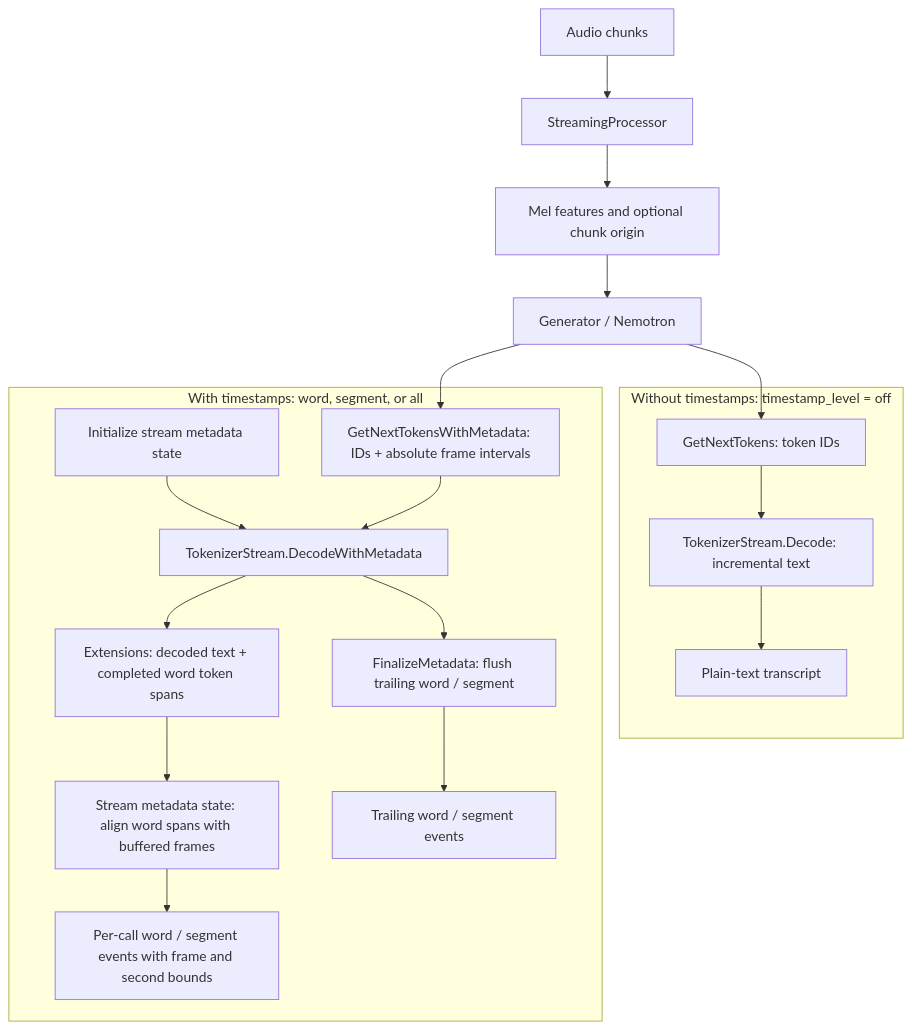
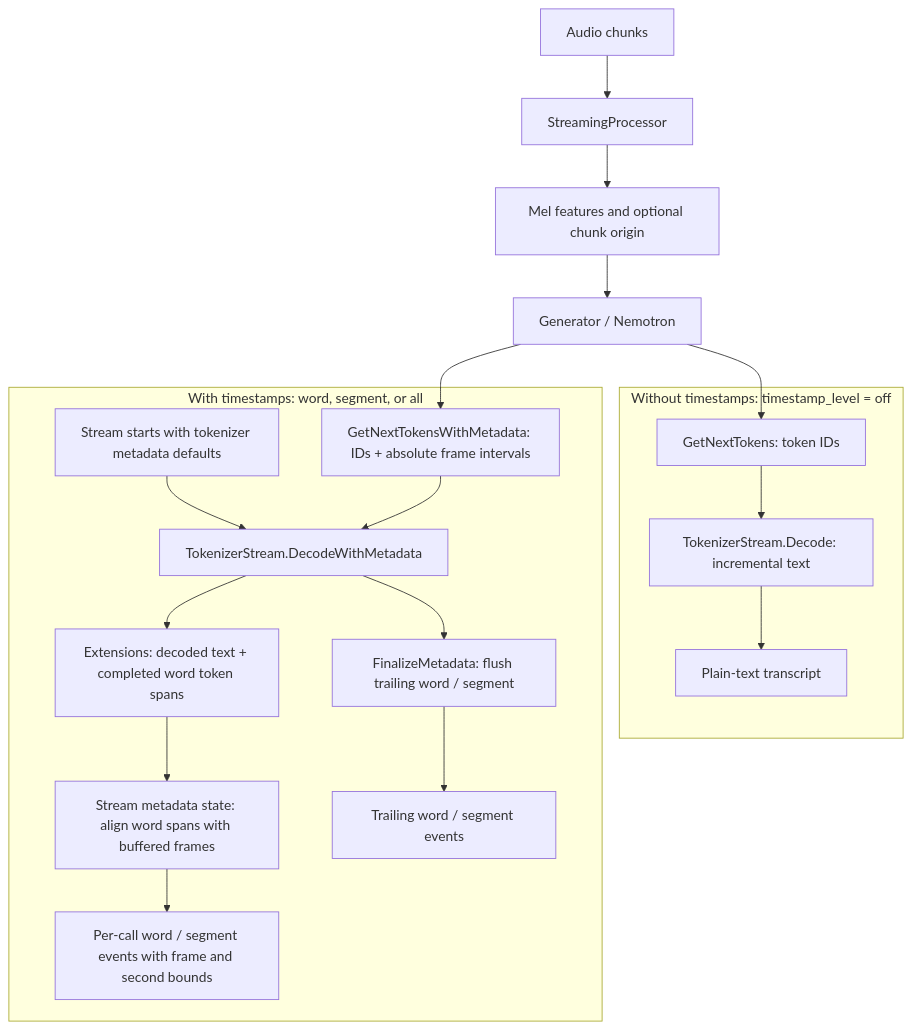
Before and after one commit to microsoft/onnxruntime-genai: the diagram in docs/nemotron_speech_timestamps.md, drawn with Mermaid. The commit also changed other lines of this file and 17 other files, not shown here.

Commit message:
Made MetadataCoreState entirely internal to TokenizerStream

````diff
--- a/docs/nemotron_speech_timestamps.md
+++ b/docs/nemotron_speech_timestamps.md
@@ -50,24 +51,24 @@
 ```mermaid
 flowchart TB
   audio[Audio chunks] --> processor[StreamingProcessor]
   processor --> features[Mel features and optional chunk origin]
   features --> generator[Generator / Nemotron]
 
   subgraph plain[Without timestamps: timestamp_level = off]
     ids[GetNextTokens: token IDs] --> decode[TokenizerStream.Decode: incremental text]
     decode --> transcript[Plain-text transcript]
   end
 
   subgraph timed[With timestamps: word, segment, or all]
-    setup[Initialize stream metadata state] --> stream
+    setup[Stream starts with tokenizer metadata defaults] --> stream
     timed_tokens[GetNextTokensWithMetadata: IDs + absolute frame intervals] --> stream[TokenizerStream.DecodeWithMetadata]
     stream --> ortx[Extensions: decoded text + completed word token spans]
     ortx --> align[Stream metadata state: align word spans with buffered frames]
     align --> events[Per-call word / segment events with frame and second bounds]
     stream --> final[FinalizeMetadata: flush trailing word / segment]
     final --> trailing[Trailing word / segment events]
   end
 
   generator --> ids
   generator --> timed_tokens
 ```
````
